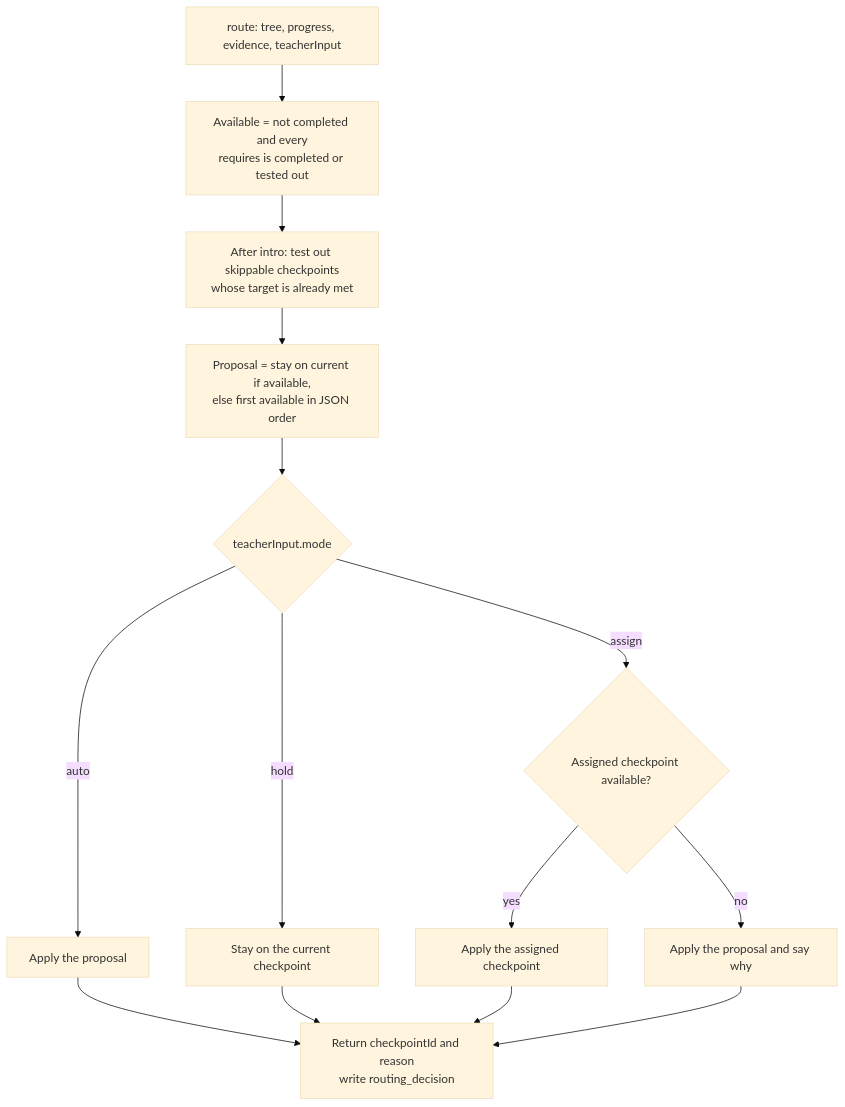
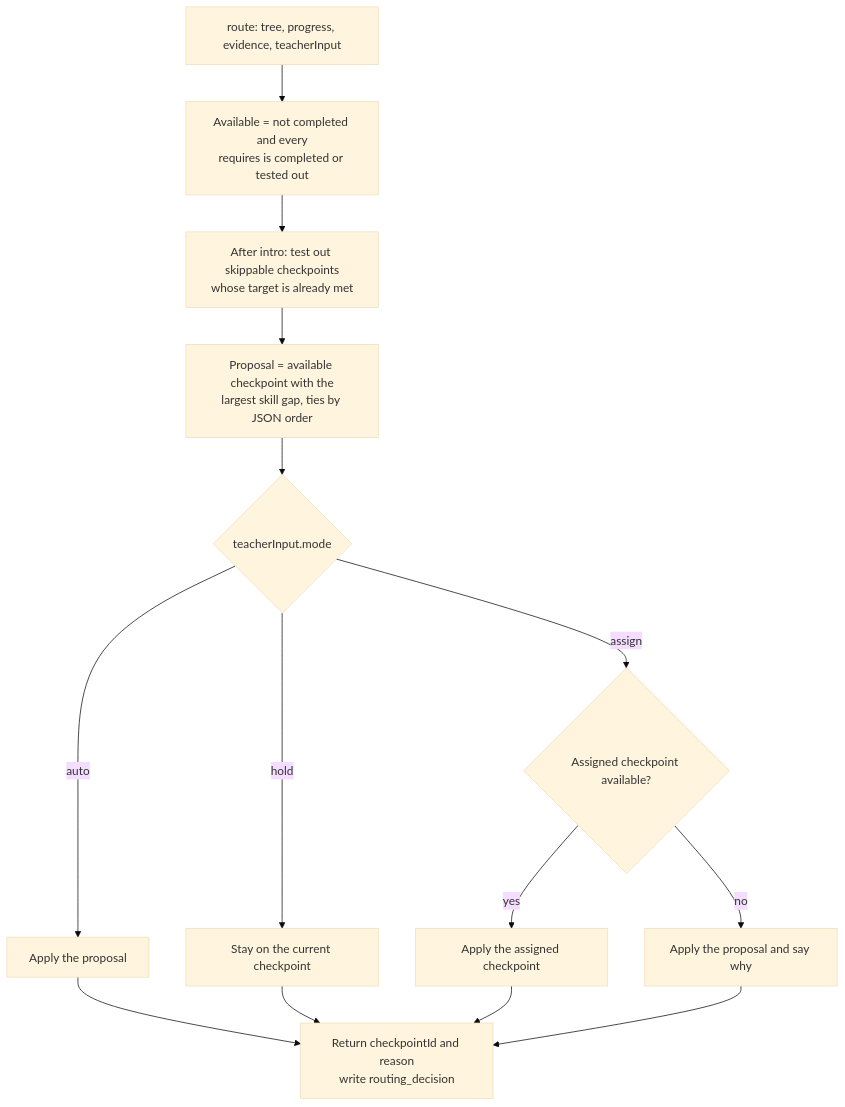
The fifth of 14 diagrams in docs/architecture/architecture.md (naren-chakraview/breaking-barriers-team-10-codai), drawn with Mermaid (base theme) before and after one commit. The commit also changed other lines of this file and 5 other files, not shown here.

````diff
--- a/docs/architecture/architecture.md
+++ b/docs/architecture/architecture.md
@@ -390,16 +389,16 @@
 ```mermaid
 flowchart TD
   S["route: tree, progress, evidence, teacherInput"] --> A["Available = not completed and every<br/>requires is completed or tested out"]
   A --> T["After intro: test out skippable checkpoints<br/>whose target is already met"]
-  T --> P["Proposal = stay on current if available,<br/>else first available in JSON order"]
+  T --> P["Proposal = available checkpoint with the<br/>largest skill gap, ties by JSON order"]
   P --> M{"teacherInput.mode"}
   M -- "auto" --> R1["Apply the proposal"]
   M -- "hold" --> R2["Stay on the current checkpoint"]
   M -- "assign" --> AV{"Assigned checkpoint available?"}
   AV -- "yes" --> R3["Apply the assigned checkpoint"]
   AV -- "no" --> R4["Apply the proposal and say why"]
   R1 --> OUT["Return checkpointId and reason<br/>write routing_decision"]
   R2 --> OUT
   R3 --> OUT
   R4 --> OUT
 ```
````
